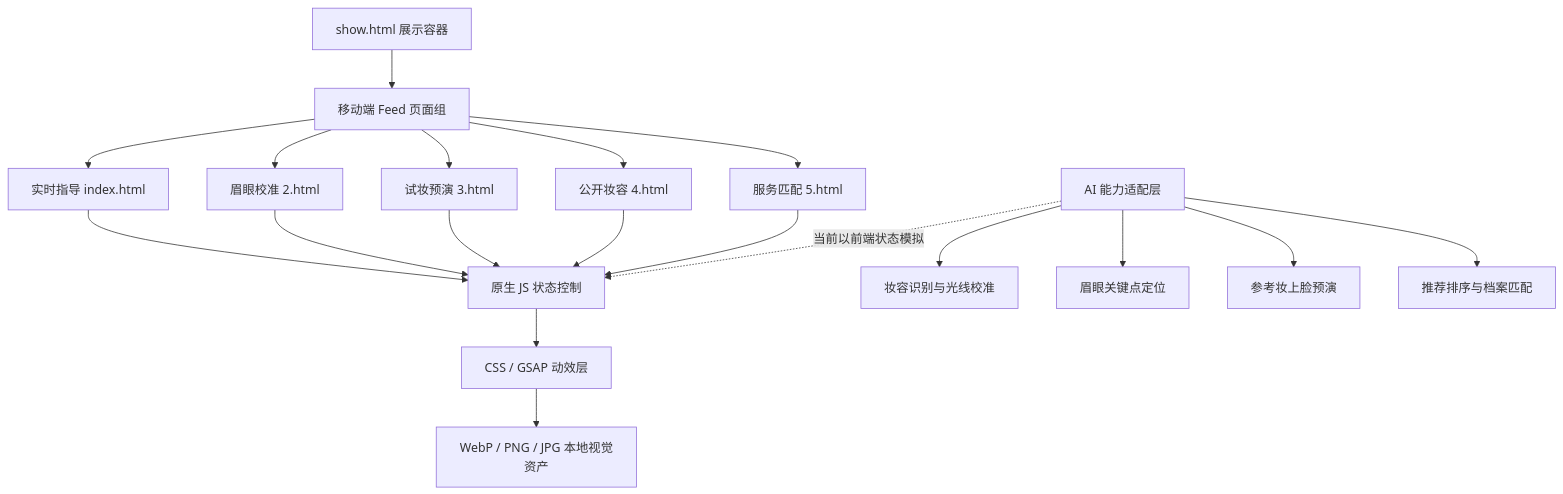
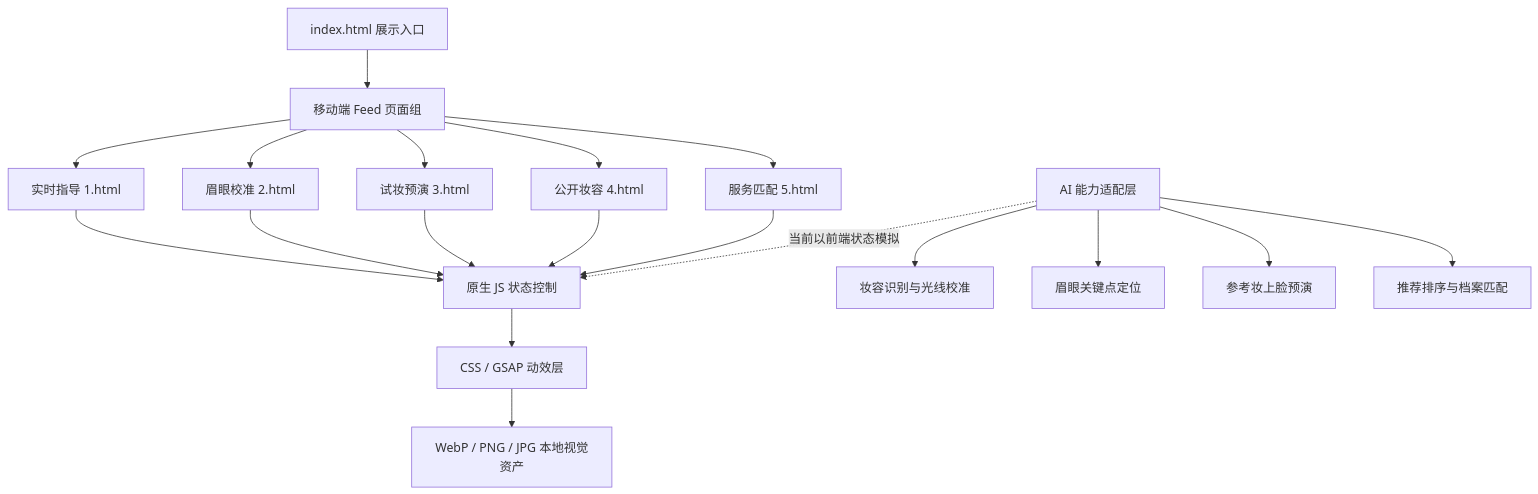
One commit to maoqijie/card changed the diagram in T3_用中文回答我_技术说明.md. Above: the diagram before and after it, drawn with Mermaid. The commit also changed other lines of this file, not shown here.

````diff
--- a/T3_用中文回答我_技术说明.md
+++ b/T3_用中文回答我_技术说明.md
@@ -38,24 +38,24 @@
 ```mermaid
 flowchart TD
-  A["show.html 展示容器"] --> B["移动端 Feed 页面组"]
-  B --> C1["实时指导 index.html"]
+  A["index.html 展示入口"] --> B["移动端 Feed 页面组"]
+  B --> C1["实时指导 1.html"]
   B --> C2["眉眼校准 2.html"]
   B --> C3["试妆预演 3.html"]
   B --> C4["公开妆容 4.html"]
   B --> C5["服务匹配 5.html"]
 
   C1 --> D["原生 JS 状态控制"]
   C2 --> D
   C3 --> D
   C4 --> D
   C5 --> D
 
   D --> E["CSS / GSAP 动效层"]
   E --> F["WebP / PNG / JPG 本地视觉资产"]
 
   G["AI 能力适配层"] -. "当前以前端状态模拟" .-> D
   G --> G1["妆容识别与光线校准"]
   G --> G2["眉眼关键点定位"]
   G --> G3["参考妆上脸预演"]
   G --> G4["推荐排序与档案匹配"]
 ```
````
